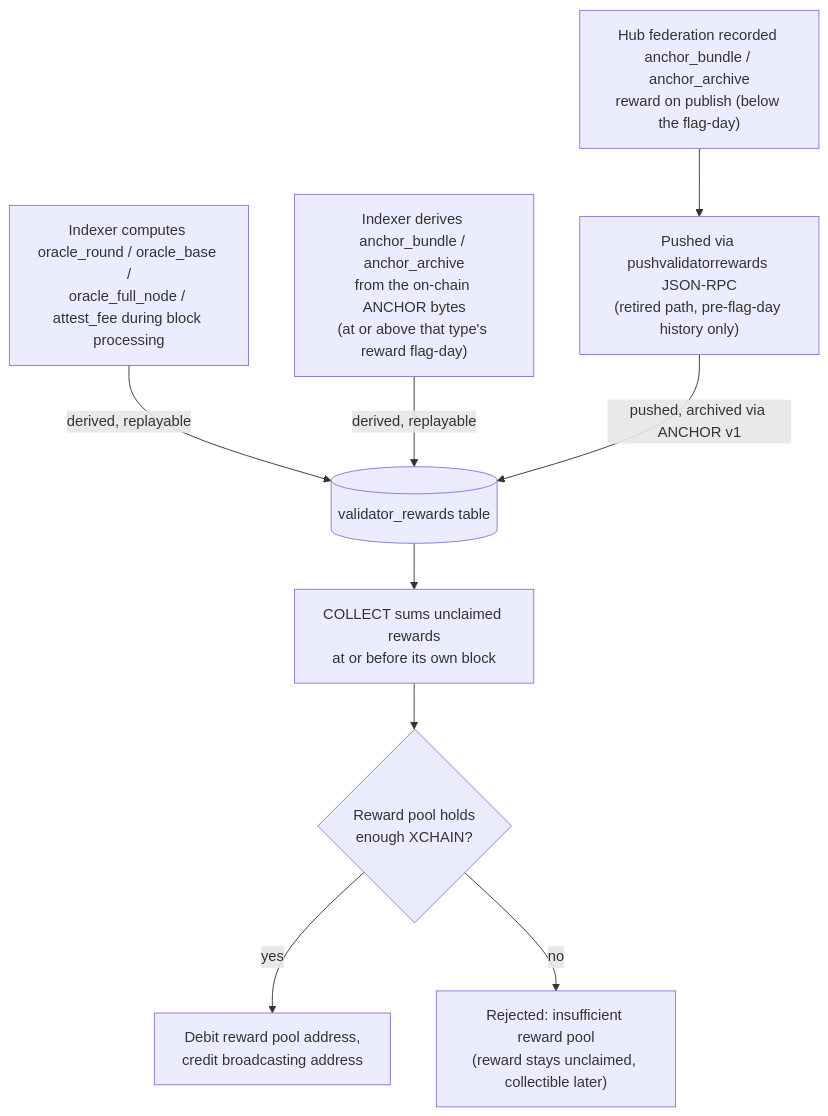
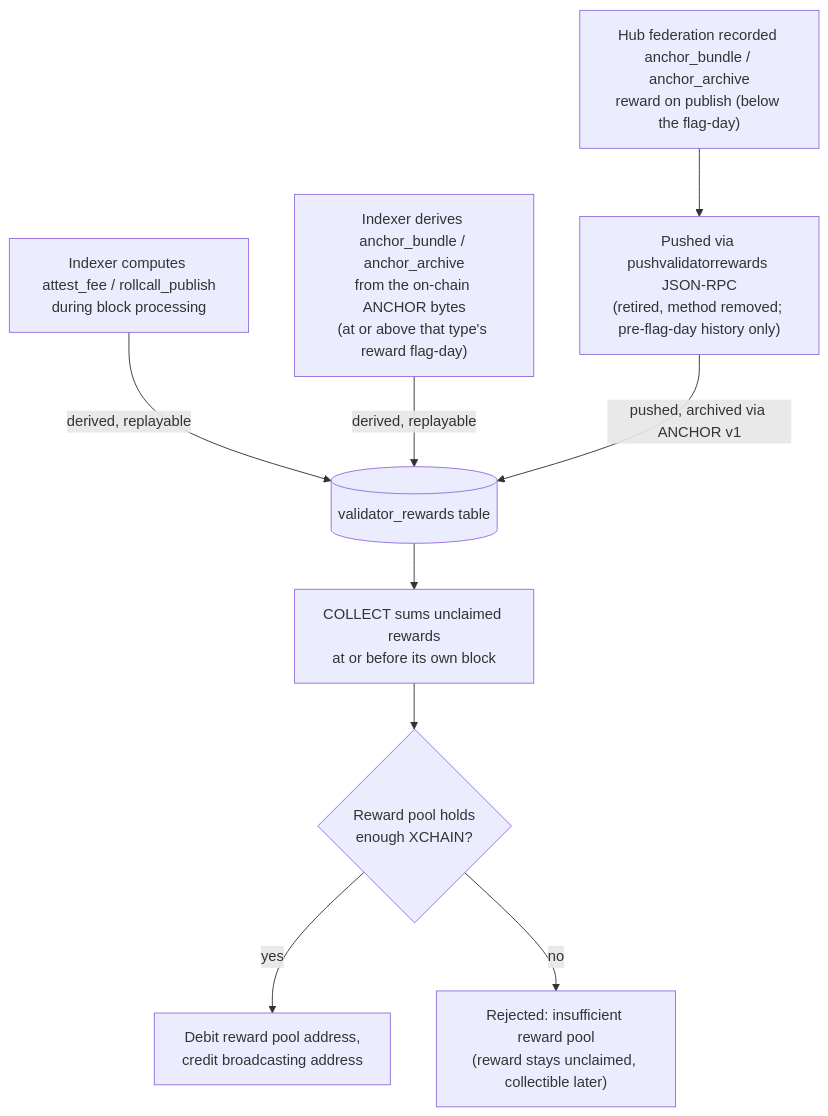
Before and after one commit to XChain-Platform/xchain-documentation: the diagram in protocol/actions/collect.md, drawn with Mermaid. The commit also changed other lines of this file and 3 other files, not shown here.

Commit message:
Retire pushvalidatorrewards in the hub docs, add rollcall_publish to COLLECT, and describe ORACLE_REWARD_PER_ROUND as the hub-local ledger it is

````diff
--- a/protocol/actions/collect.md
+++ b/protocol/actions/collect.md
@@ -80,21 +82,21 @@
 ```mermaid
 flowchart TD
-    D1["Indexer computes oracle_round / oracle_base /<br>oracle_full_node / attest_fee during block processing"]
+    D1["Indexer computes attest_fee / rollcall_publish<br>during block processing"]
     D2["Indexer derives anchor_bundle / anchor_archive<br>from the on-chain ANCHOR bytes<br>(at or above that type's reward flag-day)"]
     P1["Hub federation recorded anchor_bundle / anchor_archive<br>reward on publish (below the flag-day)"]
-    P2["Pushed via pushvalidatorrewards JSON-RPC<br>(retired path, pre-flag-day history only)"]
+    P2["Pushed via pushvalidatorrewards JSON-RPC<br>(retired, method removed; pre-flag-day history only)"]
     VR[("validator_rewards table")]
     C1["COLLECT sums unclaimed rewards<br>at or before its own block"]
     C2{"Reward pool holds<br>enough XCHAIN?"}
     C3["Debit reward pool address,<br>credit broadcasting address"]
     C4["Rejected: insufficient reward pool<br>(reward stays unclaimed, collectible later)"]
 
     D1 -->|"derived, replayable"| VR
     D2 -->|"derived, replayable"| VR
     P1 --> P2
     P2 -->|"pushed, archived via ANCHOR v1"| VR
     VR --> C1
     C1 --> C2
     C2 -->|"yes"| C3
     C2 -->|"no"| C4
 ```
````
